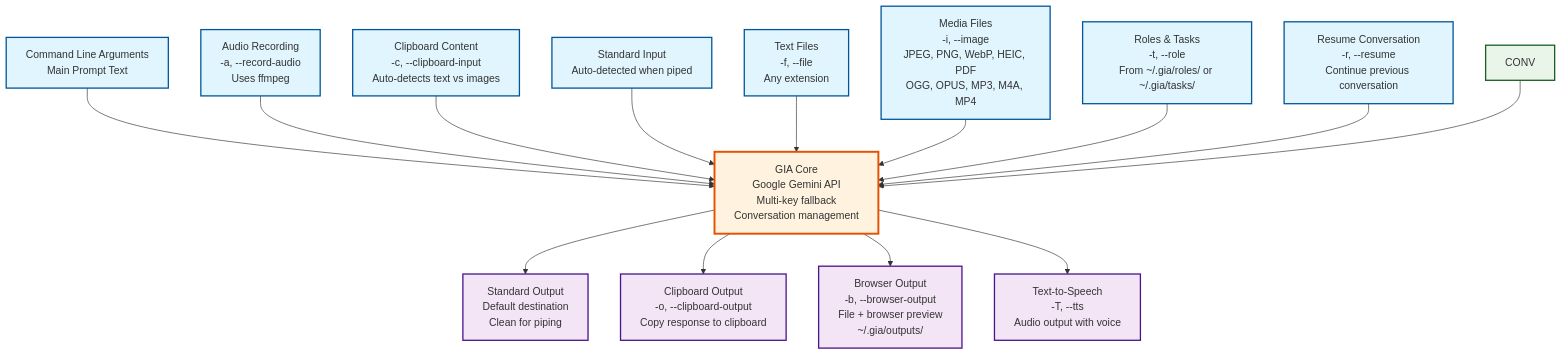
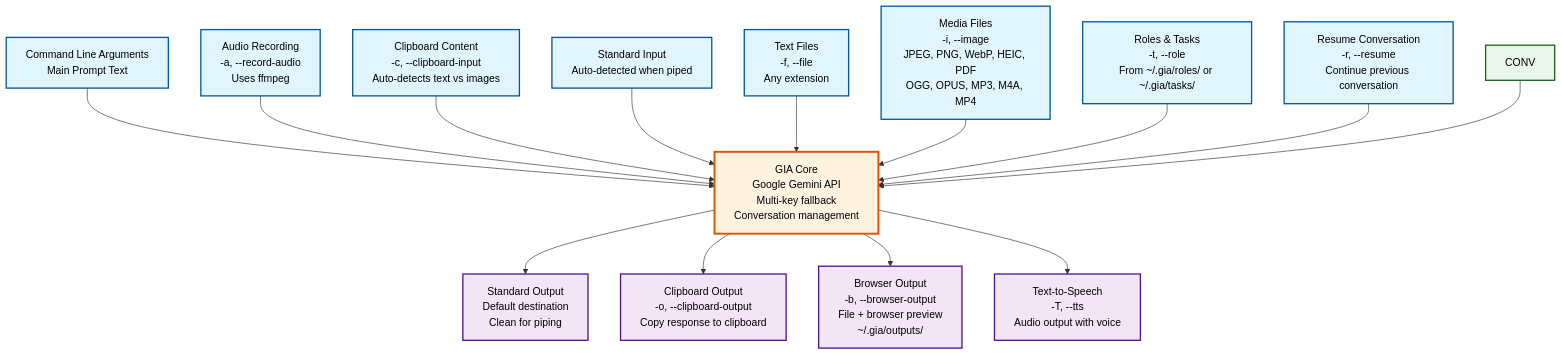
Before and after one commit to panjamo/gia: the diagram in gia-flow-diagram.md, drawn with Mermaid.

Commit message:
fixup! ✨ feat: Add GIA input/output flow diagram and explanation

````diff
--- a/gia-flow-diagram.md
+++ b/gia-flow-diagram.md
@@ -5,50 +5,50 @@
 ```mermaid
 flowchart TD
     %% Input Sources
     CMD[Command Line Arguments<br/>Main Prompt Text]
     AUDIO[Audio Recording<br/>-a, --record-audio<br/>Uses ffmpeg]
     CLIPBOARD[Clipboard Content<br/>-c, --clipboard-input<br/>Auto-detects text vs images]
     STDIN[Standard Input<br/>Auto-detected when piped]
     TEXTFILES[Text Files<br/>-f, --file<br/>Any extension]
     MEDIAFILES[Media Files<br/>-i, --image<br/>JPEG, PNG, WebP, HEIC, PDF<br/>OGG, OPUS, MP3, M4A, MP4]
     ROLES[Roles & Tasks<br/>-t, --role<br/>From ~/.gia/roles/ or ~/.gia/tasks/]
     RESUME[Resume Conversation<br/>-r, --resume<br/>Continue previous conversation]
 
     %% Processing Core
     GIA[GIA Core<br/>Google Gemini API<br/>Multi-key fallback<br/>Conversation management]
 
     %% Output Destinations
     STDOUT[Standard Output<br/>Default destination<br/>Clean for piping]
     CLIPOUT[Clipboard Output<br/>-o, --clipboard-output<br/>Copy response to clipboard]
     BROWSER[Browser Output<br/>-b, --browser-output<br/>File + browser preview<br/>~/.gia/outputs/]
     TTS[Text-to-Speech<br/>-T, --tts<br/>Audio output with voice]
 
     %% Input Flow
     CMD --> GIA
     AUDIO --> GIA
     CLIPBOARD --> GIA
     STDIN --> GIA
     TEXTFILES --> GIA
     MEDIAFILES --> GIA
     ROLES --> GIA
     RESUME --> GIA
     CONV --> GIA
 
     %% Output Flow
     GIA --> STDOUT
     GIA --> CLIPOUT
     GIA --> BROWSER
     GIA --> TTS
 
 
     %% Styling
-    classDef inputSource fill:#e1f5fe,stroke:#01579b,stroke-width:2px
-    classDef outputDest fill:#f3e5f5,stroke:#4a148c,stroke-width:2px
-    classDef core fill:#fff3e0,stroke:#e65100,stroke-width:3px
-    classDef storage fill:#e8f5e8,stroke:#1b5e20,stroke-width:2px
+    classDef inputSource fill:#e1f5fe,stroke:#01579b,stroke-width:2px,color:#000000
+    classDef outputDest fill:#f3e5f5,stroke:#4a148c,stroke-width:2px,color:#000000
+    classDef core fill:#fff3e0,stroke:#e65100,stroke-width:3px,color:#000000
+    classDef storage fill:#e8f5e8,stroke:#1b5e20,stroke-width:2px,color:#000000
 
     class CMD,AUDIO,CLIPBOARD,STDIN,TEXTFILES,MEDIAFILES,ROLES,RESUME inputSource
     class STDOUT,CLIPOUT,BROWSER,TTS outputDest
     class GIA core
     class CONV,LIST,SHOW storage
 ```
````
